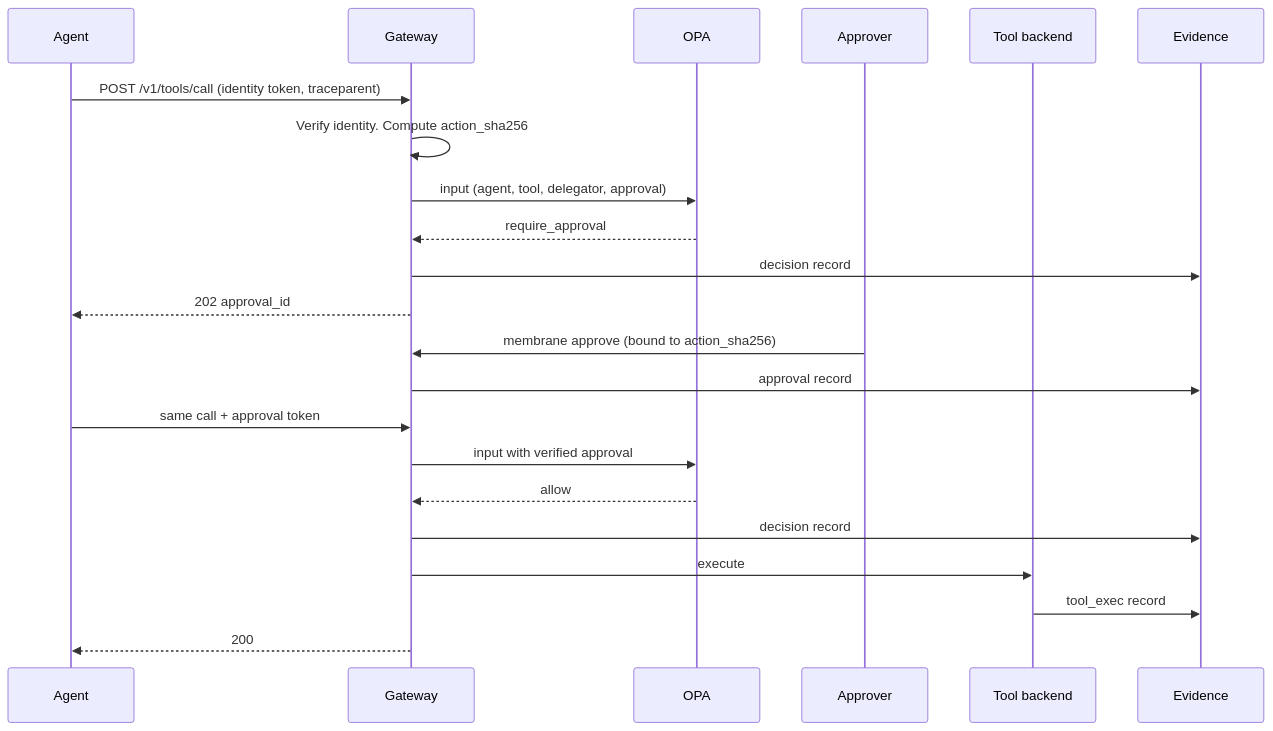
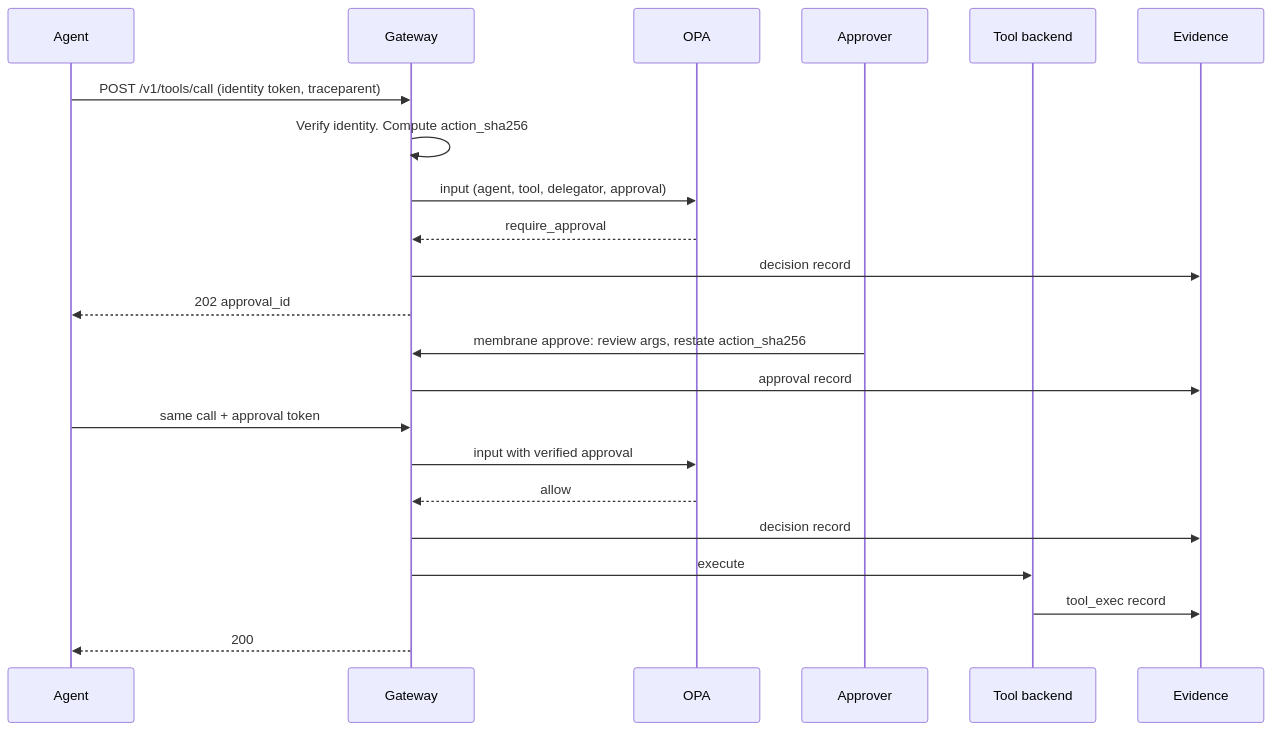
One commit to kfcain/membrane changed the second of 3 diagrams in docs/ARCHITECTURE.md. Above: the diagram before and after it, drawn with Mermaid. The commit also changed 10 other files, not shown here.

First line of the commit message:
Fix R-08: show full args to the approver and require --confirm-action-sha256

````diff
--- a/docs/ARCHITECTURE.md
+++ b/docs/ARCHITECTURE.md
@@ -33,24 +33,24 @@
 ```mermaid
 sequenceDiagram
   participant A as Agent
   participant G as Gateway
   participant O as OPA
   participant H as Approver
   participant T as Tool backend
   participant E as Evidence
   A->>G: POST /v1/tools/call (identity token, traceparent)
   G->>G: Verify identity. Compute action_sha256
   G->>O: input (agent, tool, delegator, approval)
   O-->>G: require_approval
   G->>E: decision record
   G-->>A: 202 approval_id
-  H->>G: membrane approve (bound to action_sha256)
+  H->>G: membrane approve: review args, restate action_sha256
   G->>E: approval record
   A->>G: same call + approval token
   G->>O: input with verified approval
   O-->>G: allow
   G->>E: decision record
   G->>T: execute
   T->>E: tool_exec record
   G-->>A: 200
 ```
````
